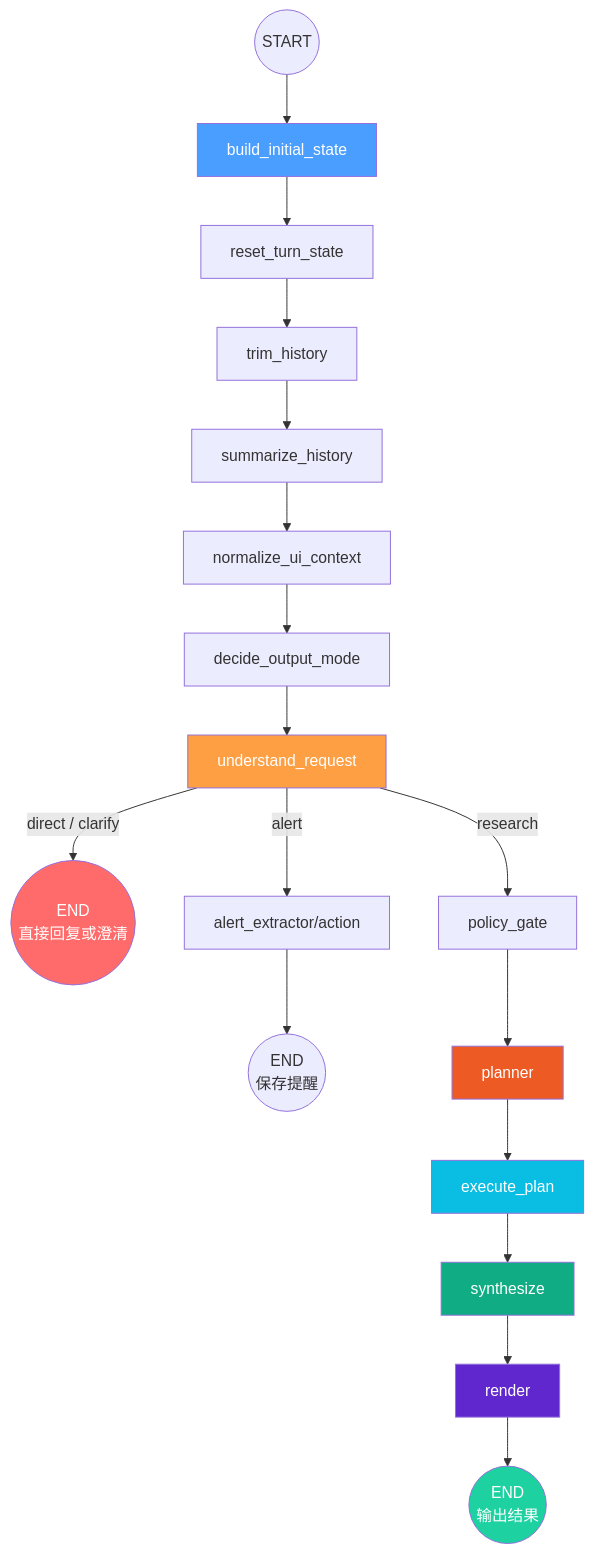
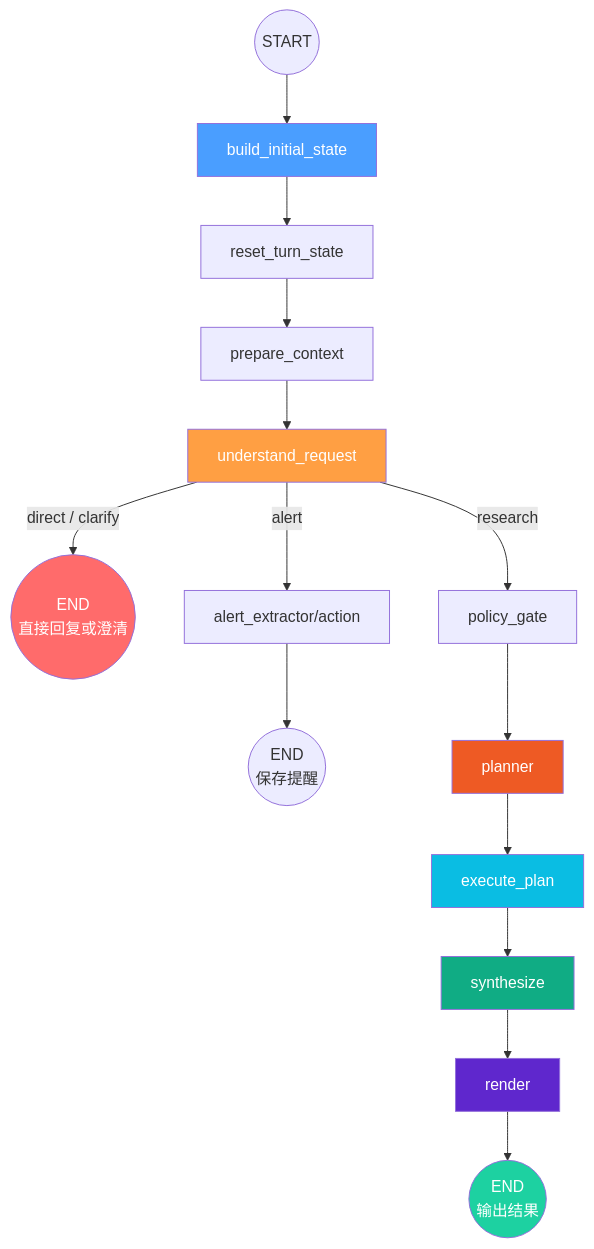
The second of 24 diagrams in docs/LANGGRAPH_PIPELINE_DEEP_DIVE.md (kkkano/FinSight), drawn with Mermaid before and after one commit. The commit also changed other lines of this file and 13 other files, not shown here.

Commit message:
docs: finalize request understanding architecture

````diff
--- a/docs/LANGGRAPH_PIPELINE_DEEP_DIVE.md
+++ b/docs/LANGGRAPH_PIPELINE_DEEP_DIVE.md
@@ -109,29 +106,26 @@
 ```mermaid
 flowchart TD
     START((START)) --> A[build_initial_state]
     A --> R[reset_turn_state]
-    R --> T[trim_history]
-    T --> S[summarize_history]
-    S --> B[normalize_ui_context]
-    B --> C[decide_output_mode]
-    C --> U[understand_request]
+    R --> P[prepare_context]
+    P --> U[understand_request]
 
     U -->|"direct / clarify"| END_CLARIFY((END<br/>直接回复或澄清))
     U -->|"alert"| AL[alert_extractor/action]
     AL --> END_ALERT((END<br/>保存提醒))
     U -->|"research"| G[policy_gate]
     G --> H[planner]
     H --> I[execute_plan]
     I --> J[synthesize]
     J --> K[render]
     K --> END_RESULT((END<br/>输出结果))
 
     style A fill:#4a9eff,color:#fff
     style U fill:#ff9f43,color:#fff
     style H fill:#ee5a24,color:#fff
     style I fill:#0abde3,color:#fff
     style J fill:#10ac84,color:#fff
     style K fill:#5f27cd,color:#fff
     style END_CLARIFY fill:#ff6b6b,color:#fff
     style END_RESULT fill:#1dd1a1,color:#fff
 ```
````
